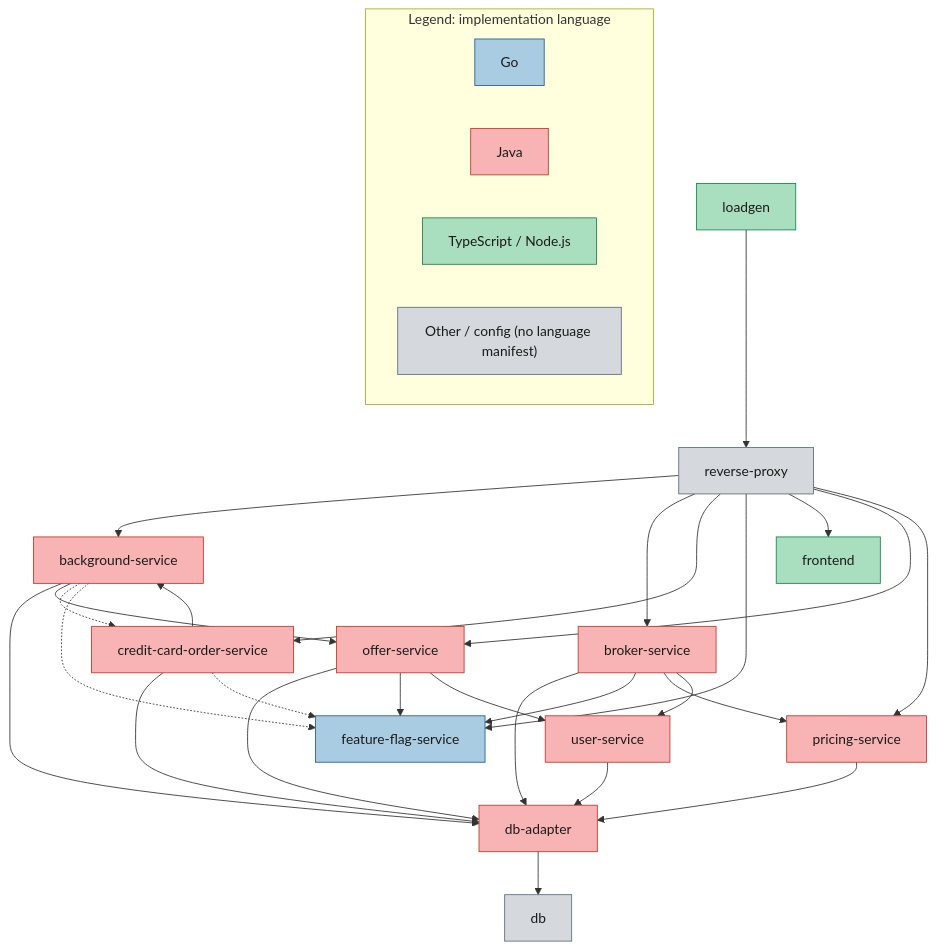
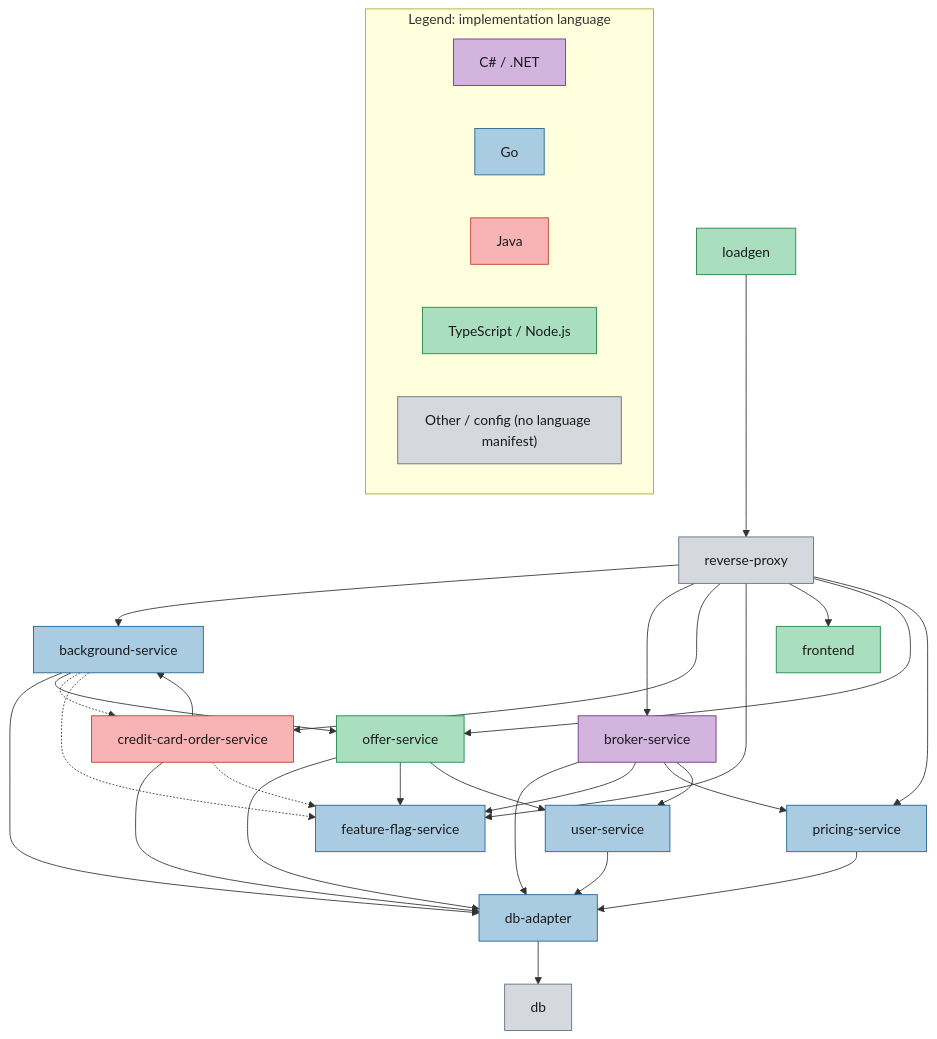
The diagram in README.md (Dynatrace/easytrade), drawn with Mermaid before and after one commit. The commit also changed 1 other file, not shown here.

Commit message:
fix: dockerfile path resolution in graph generation

````diff
--- a/README.md
+++ b/README.md
@@ -12,46 +12,49 @@
 ```mermaid
 flowchart TD
     background-service --> db-adapter
     background-service --> offer-service
     broker-service --> db-adapter
     broker-service --> feature-flag-service
     broker-service --> pricing-service
     broker-service --> user-service
     credit-card-order-service --> background-service
     credit-card-order-service --> db-adapter
     db-adapter --> db
     loadgen --> reverse-proxy
     offer-service --> db-adapter
     offer-service --> feature-flag-service
     offer-service --> user-service
     pricing-service --> db-adapter
     reverse-proxy --> background-service
     reverse-proxy --> broker-service
     reverse-proxy --> credit-card-order-service
     reverse-proxy --> feature-flag-service
     reverse-proxy --> frontend
     reverse-proxy --> offer-service
     reverse-proxy --> pricing-service
     user-service --> db-adapter
     background-service -.-> credit-card-order-service
     background-service -.-> feature-flag-service
     credit-card-order-service -.-> feature-flag-service
 
-    class feature-flag-service go
-    class background-service,broker-service,credit-card-order-service,db-adapter,offer-service,pricing-service,user-service java
-    class frontend,loadgen node
+    class broker-service dotnet
+    class background-service,db-adapter,feature-flag-service,pricing-service,user-service go
+    class credit-card-order-service java
+    class frontend,loadgen,offer-service node
     class db,reverse-proxy other
 
+    classDef dotnet fill:#d2b4de,stroke:#6c3483,color:#1a1a1a,stroke-width:1px
     classDef go fill:#a9cce3,stroke:#1f618d,color:#1a1a1a,stroke-width:1px
     classDef java fill:#f8b4b4,stroke:#c0392b,color:#1a1a1a,stroke-width:1px
     classDef node fill:#a9dfbf,stroke:#1e8449,color:#1a1a1a,stroke-width:1px
     classDef other fill:#d5d8dc,stroke:#5d6d7e,color:#1a1a1a,stroke-width:1px
 
     subgraph Legend[Legend: implementation language]
         direction LR
+        legend_dotnet["C# / .NET"]:::dotnet
         legend_go["Go"]:::go
         legend_java["Java"]:::java
         legend_node["TypeScript / Node.js"]:::node
         legend_other["Other / config (no language manifest)"]:::other
     end
 ```
````
